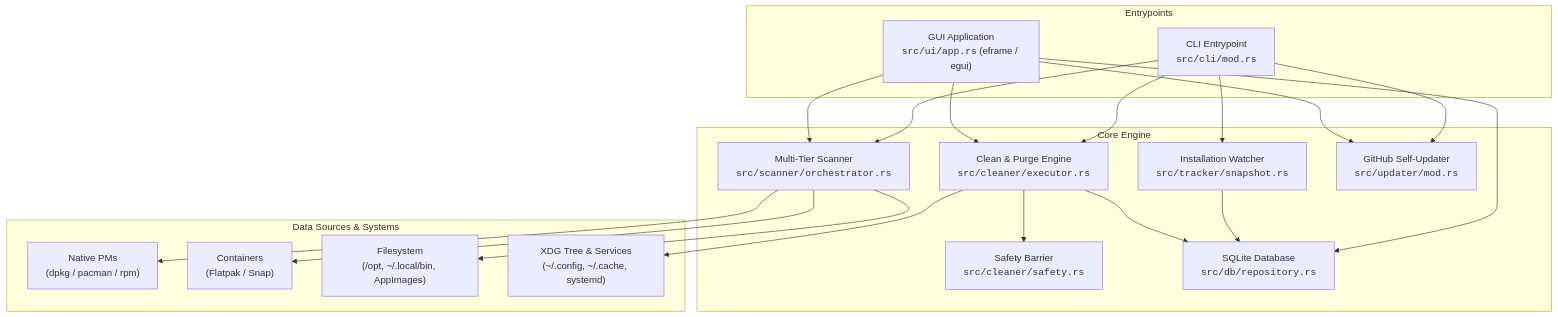
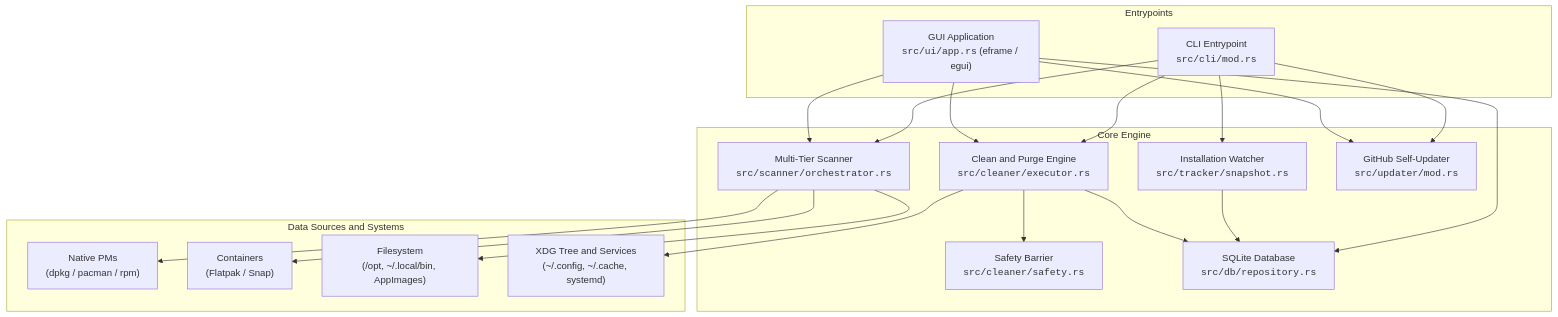
The first of 3 diagrams in ARCHITECTURE.md (haydermuhib/SweepX), drawn with Mermaid before and after one commit. The commit also changed other lines of this file and 2 other files, not shown here.

Commit message:
docs: humanize architecture and presentation guides, remove scrollbars from index.html

````diff
--- a/ARCHITECTURE.md
+++ b/ARCHITECTURE.md
@@ -9,42 +9,42 @@
 ```mermaid
 graph TD
     subgraph Entrypoints
         CLI["CLI Entrypoint<br><code>src/cli/mod.rs</code>"]
         GUI["GUI Application<br><code>src/ui/app.rs</code> (eframe / egui)"]
     end
 
     subgraph Core Engine
         Scanner["Multi-Tier Scanner<br><code>src/scanner/orchestrator.rs</code>"]
         Tracker["Installation Watcher<br><code>src/tracker/snapshot.rs</code>"]
-        Cleaner["Clean & Purge Engine<br><code>src/cleaner/executor.rs</code>"]
+        Cleaner["Clean and Purge Engine<br><code>src/cleaner/executor.rs</code>"]
         Safety["Safety Barrier<br><code>src/cleaner/safety.rs</code>"]
         DB["SQLite Database<br><code>src/db/repository.rs</code>"]
         Updater["GitHub Self-Updater<br><code>src/updater/mod.rs</code>"]
     end
 
-    subgraph Data Sources & Systems
+    subgraph Data Sources and Systems
         NativePM["Native PMs<br>(dpkg / pacman / rpm)"]
         Containers["Containers<br>(Flatpak / Snap)"]
         Filesystem["Filesystem<br>(/opt, ~/.local/bin, AppImages)"]
-        XDG["XDG Tree & Services<br>(~/.config, ~/.cache, systemd)"]
+        XDG["XDG Tree and Services<br>(~/.config, ~/.cache, systemd)"]
     end
 
     CLI --> Scanner
     CLI --> Tracker
     CLI --> Cleaner
     CLI --> Updater
 
     GUI --> Scanner
     GUI --> Cleaner
     GUI --> DB
     GUI --> Updater
 
     Scanner --> NativePM
     Scanner --> Containers
     Scanner --> Filesystem
 
     Tracker --> DB
     Cleaner --> Safety
     Cleaner --> XDG
     Cleaner --> DB
 ```
````
